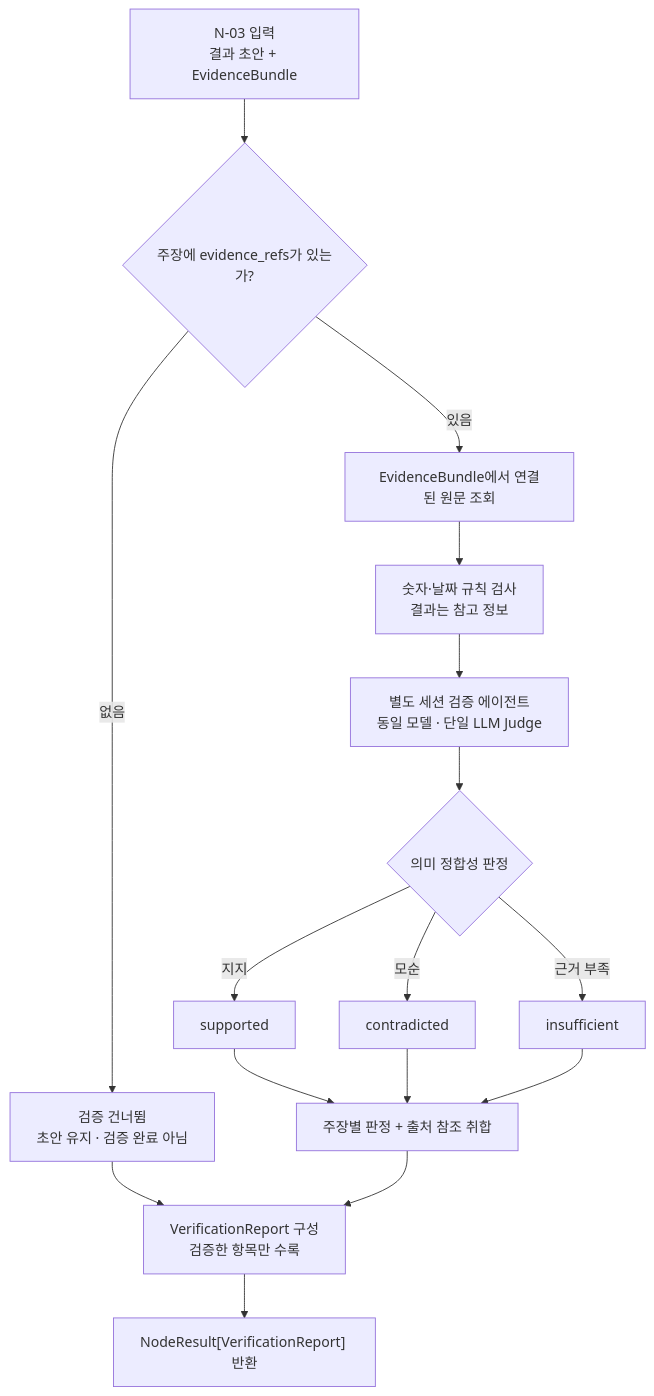
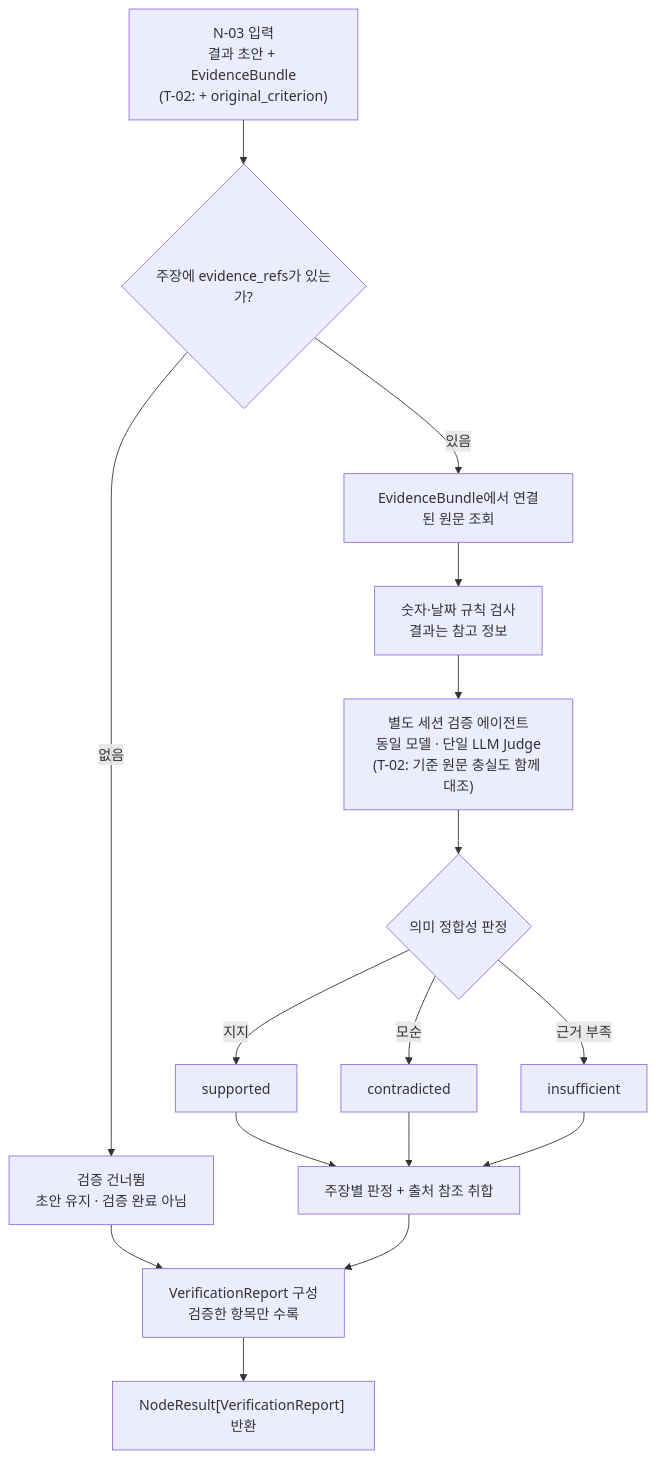
One commit to Jungminii-1114/ReportAnchor changed the first of 2 diagrams in docs/small-nodes/N-03.md. Above: the diagram before and after it, drawn with Mermaid. The commit also changed other lines of this file and 12 other files, not shown here.

````diff
--- a/docs/small-nodes/N-03.md
+++ b/docs/small-nodes/N-03.md
@@ -69,18 +70,18 @@
 ```mermaid
 flowchart TD
-    A["N-03 입력<br/>결과 초안 + EvidenceBundle"] --> B{"주장에 evidence_refs가 있는가?"}
+    A["N-03 입력<br/>결과 초안 + EvidenceBundle<br/>(T-02: + original_criterion)"] --> B{"주장에 evidence_refs가 있는가?"}
     B -->|"없음"| X["검증 건너뜀<br/>초안 유지 · 검증 완료 아님"]
     B -->|"있음"| C["EvidenceBundle에서 연결된 원문 조회"]
     C --> D["숫자·날짜 규칙 검사<br/>결과는 참고 정보"]
-    D --> E["별도 세션 검증 에이전트<br/>동일 모델 · 단일 LLM Judge"]
+    D --> E["별도 세션 검증 에이전트<br/>동일 모델 · 단일 LLM Judge<br/>(T-02: 기준 원문 충실도 함께 대조)"]
     E --> F{"의미 정합성 판정"}
     F -->|"지지"| G["supported"]
     F -->|"모순"| H["contradicted"]
     F -->|"근거 부족"| I["insufficient"]
     G --> J["주장별 판정 + 출처 참조 취합"]
     H --> J
     I --> J
     X --> L["VerificationReport 구성<br/>검증한 항목만 수록"]
     J --> L
     L --> R["NodeResult[VerificationReport] 반환"]
 ```
````
